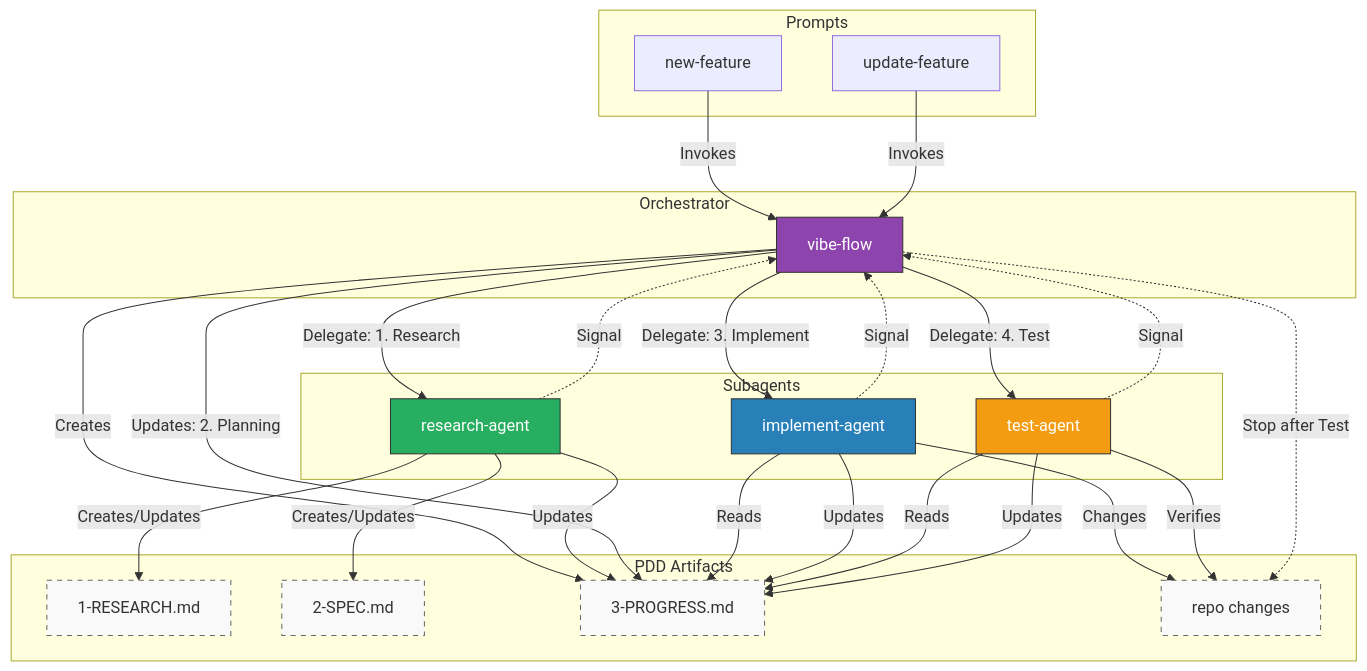
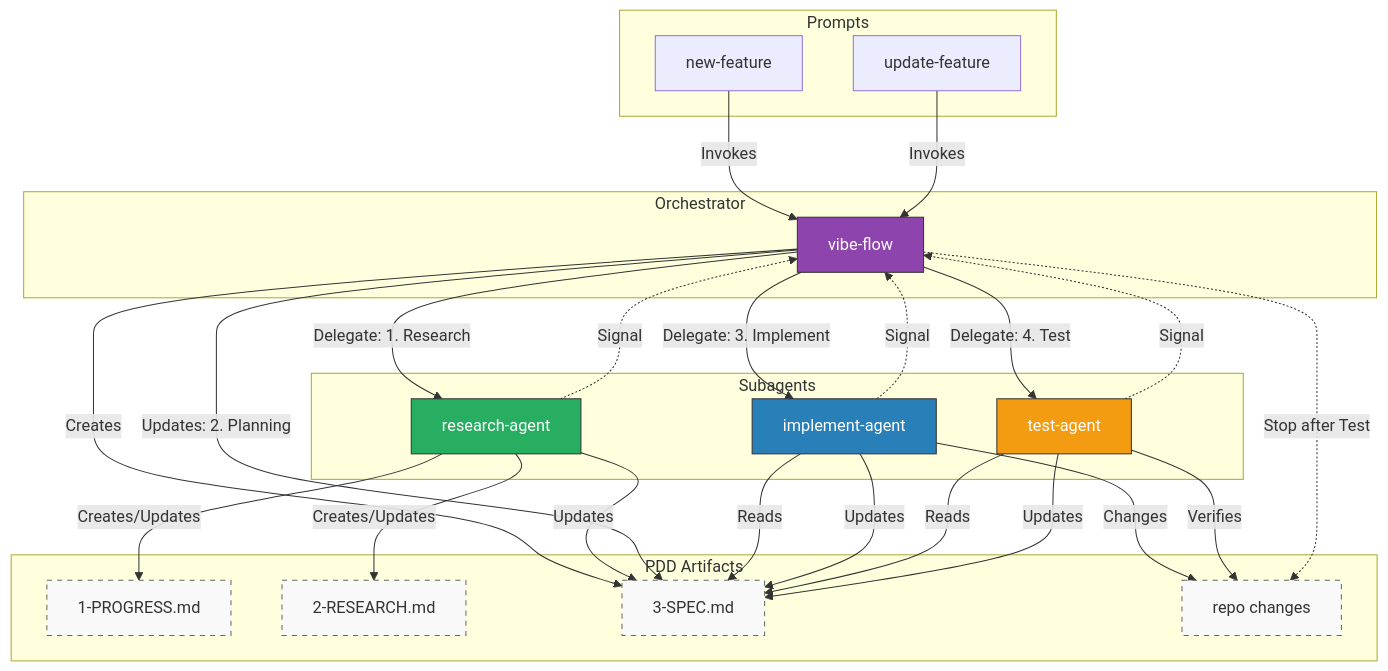
Before and after one commit to sammykumar/vibe-flow-agent-orchestrator: the first of 2 diagrams in README.md, drawn with Mermaid. The commit also changed other lines of this file and 12 other files, not shown here.

````diff
--- a/README.md
+++ b/README.md
@@ -23,61 +23,61 @@
 ```mermaid
 graph TD
     subgraph "Prompts"
         NF[new-feature]
         UF[update-feature]
     end
 
     subgraph "Orchestrator"
         VF[vibe-flow]
     end
 
     subgraph "Subagents"
         RA[research-agent]
         IA[implement-agent]
         TA[test-agent]
     end
 
     subgraph "PDD Artifacts"
-        F1[1-RESEARCH.md]
-        F2[2-SPEC.md]
-        F3[3-PROGRESS.md]
+        F1[1-PROGRESS.md]
+        F2[2-RESEARCH.md]
+        F3[3-SPEC.md]
         CODE[repo changes]
     end
 
     NF & UF -->|Invokes| VF
 
     %% Orchestrator inits
     VF -->|Creates| F3
 
     VF -->|Delegate: 1. Research| RA
     RA -->|Creates/Updates| F1
     RA -->|Creates/Updates| F2
     RA -->|Updates| F3
     RA -.->|Signal| VF
 
     VF -->|Updates: 2. Planning| F3
 
     VF -->|Delegate: 3. Implement| IA
     IA -->|Reads| F3
     IA -->|Updates| F3
     IA -->|Changes| CODE
     IA -.->|Signal| VF
 
     VF -->|Delegate: 4. Test| TA
     TA -->|Reads| F3
     TA -->|Updates| F3
     TA -->|Verifies| CODE
     TA -.->|Signal| VF
 
     VF -.->|Stop after Test| CODE
 
     style VF fill:#8e44ad,stroke:#333,color:#fff
     style RA fill:#27ae60,stroke:#333,color:#fff
     style IA fill:#2980b9,stroke:#333,color:#fff
     style TA fill:#f39c12,stroke:#333,color:#fff
 
     style F1 fill:#f9f9f9,stroke:#666,stroke-dasharray: 5 5
     style F2 fill:#f9f9f9,stroke:#666,stroke-dasharray: 5 5
     style F3 fill:#f9f9f9,stroke:#666,stroke-dasharray: 5 5
     style CODE fill:#f9f9f9,stroke:#666,stroke-dasharray: 5 5
 ```
````
